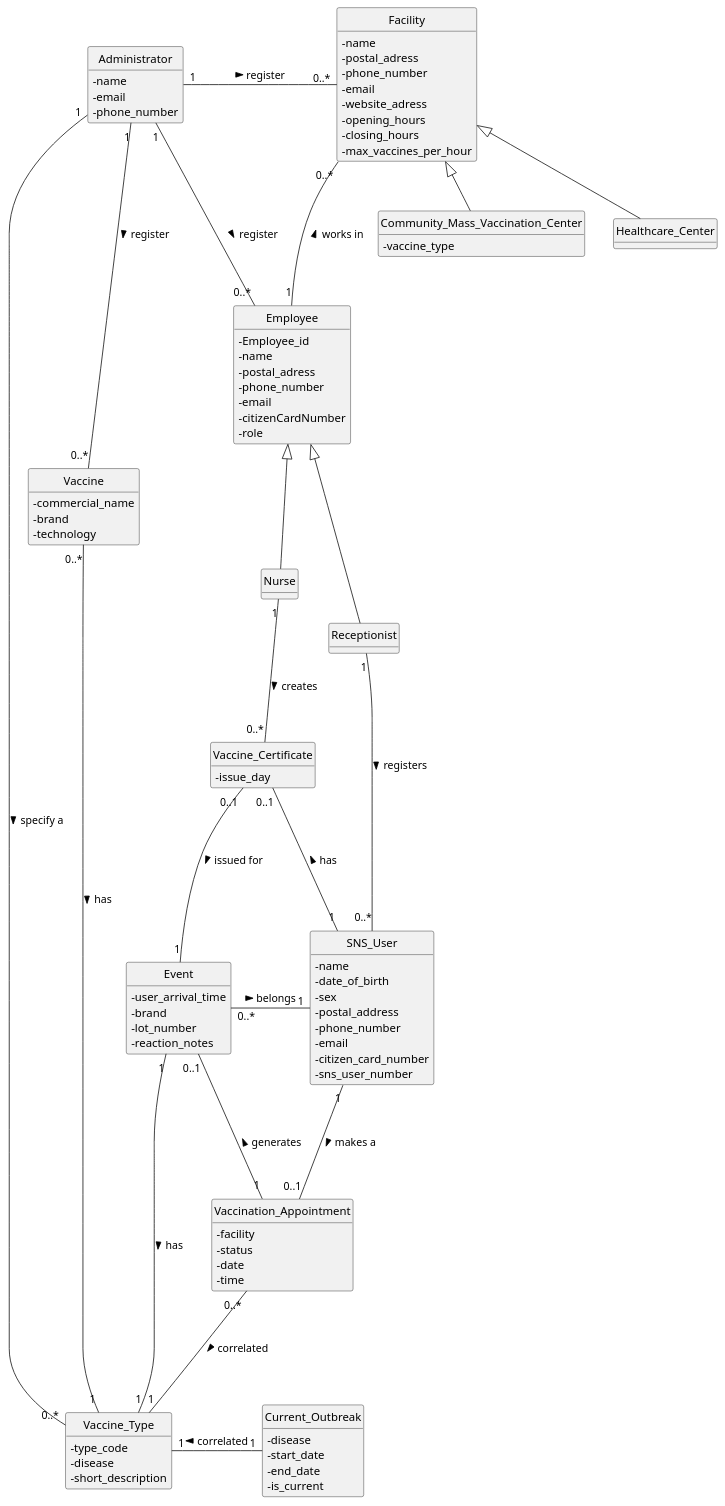
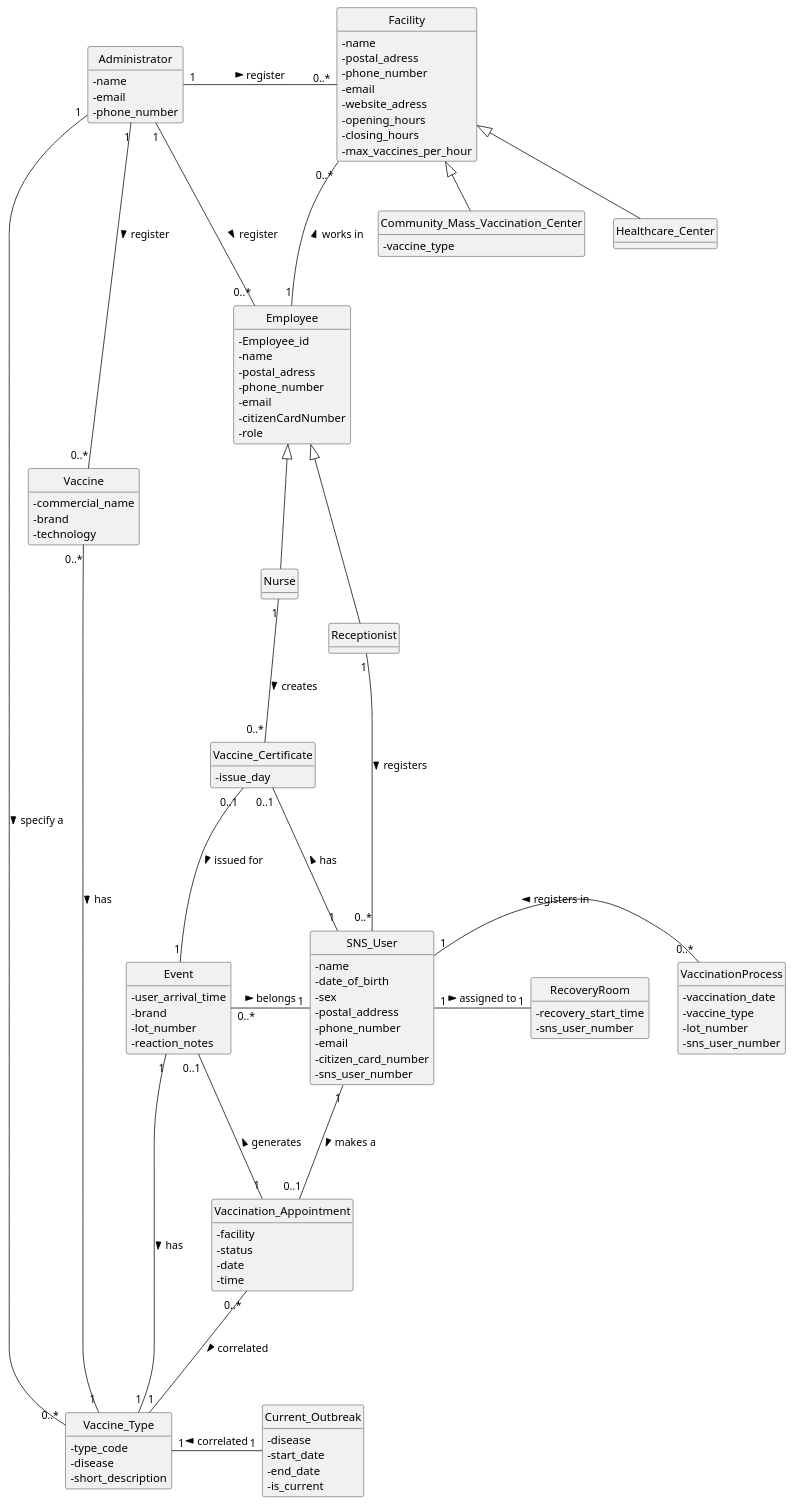
The diagram in docs/system-documentation/global-artifacts/puml/DM.puml (Parafita123/leti-esoft-25-26-B1), drawn with PlantUML before and after one commit. The commit also changed 11 other files, not shown here.

Commit message:
Começo de US41 - apenas diagramas e etc

```diff
--- a/docs/system-documentation/global-artifacts/puml/DM.puml
+++ b/docs/system-documentation/global-artifacts/puml/DM.puml
@@ -1,144 +1,152 @@
 @startuml
 'https://plantuml.com/class-diagram
 skinparam classAttributeIconSize 0
 hide circle
 hide methods
-
-
 
 class Vaccine {
     - commercial_name
     - brand
     - technology
 }
 
 class Vaccine_Type {
     - type_code
     - disease
     - short_description
 }
 
 class Facility {
     - name
     - postal_adress
     - phone_number
     - email
     - website_adress
     - opening_hours
     - closing_hours
     - max_vaccines_per_hour
 }
 
 class Employee {
     - Employee_id
     - name
     - postal_adress
     - phone_number
     - email
     -citizenCardNumber
     - role
 }
 
-
 class SNS_User {
     - name
     - date_of_birth
     - sex
     - postal_address
     - phone_number
     - email
     - citizen_card_number
     - sns_user_number
 }
-
-
 
 class Vaccination_Appointment {
     - facility
     - status
     - date
     - time
 }
 
 class Current_Outbreak {
     - disease
     - start_date
     - end_date
     - is_current
 }
 
 class Community_Mass_Vaccination_Center {
- - vaccine_type
+    - vaccine_type
 }
 
 class Healthcare_Center {
 }
 
 class Nurse {
-
 }
 
 class Receptionist {
-
-
 }
 
 class Event {
     - user_arrival_time
     - brand
     - lot_number
     - reaction_notes
 }
 
 class Administrator {
     - name
     - email
     - phone_number
 }
 
 class Vaccine_Certificate {
     - issue_day
+}
+
+class VaccinationProcess {
+    - vaccination_date
+    - vaccine_type
+    - lot_number
+    - sns_user_number
+}
+
+class RecoveryRoom {
+    - recovery_start_time
+    - sns_user_number
 }
 
 Employee <|-- Nurse
 Employee <|-- Receptionist
 
 Facility <|-- Community_Mass_Vaccination_Center
 Facility <|-- Healthcare_Center
 
 Employee "1" -up-- "0..*" Facility : works in >
 
 Administrator "1" -right-- "0..*" Employee: register >
 
 Administrator "1" -down-- "0..*" Vaccine: register >
 
 Administrator "1" -right-- "0..*" Facility: register >
 
 Administrator "1" -down-- "0..*" Vaccine_Type: specify a >
 
 SNS_User "1" -down-- "0..1" Vaccination_Appointment: makes a >
 
 Receptionist "1" -right-- "0..*" SNS_User: registers >
 
 Current_Outbreak "1" -left-- "1" Vaccine_Type: correlated >
 
 Vaccine "0..*" -right-- "1" Vaccine_Type: has >
 
 Nurse "1" -down-- "0..*" Vaccine_Certificate: creates >
 
 Vaccine_Certificate "0..1" -down-- "1" Event: issued for >
 
 Vaccination_Appointment "0..*" -down-- "1" Vaccine_Type: correlated >
 
 Vaccination_Appointment "1" -up-- "0..1" Event: generates >
 
 Event "0..*" -right-- "1" SNS_User: belongs >
 
 Event "1" -down-- "1" Vaccine_Type:has >
 
 SNS_User "1"  -left-- "0..1" Vaccine_Certificate: has >
 
+VaccinationProcess "0..*" -left-- "1" SNS_User: registers in >
+
+
+SNS_User "1" -right-- "1" RecoveryRoom: assigned to >
 
 
 
 @enduml
```
